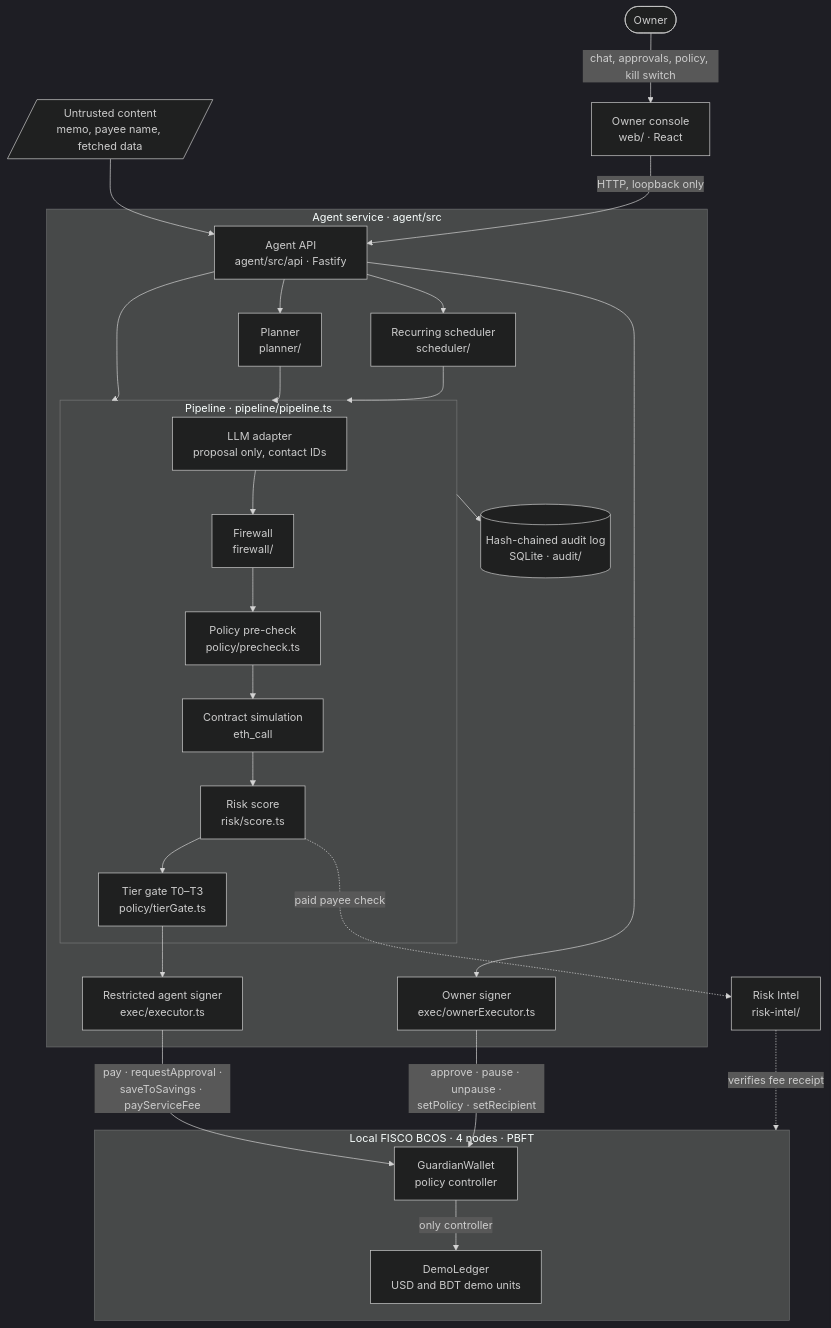
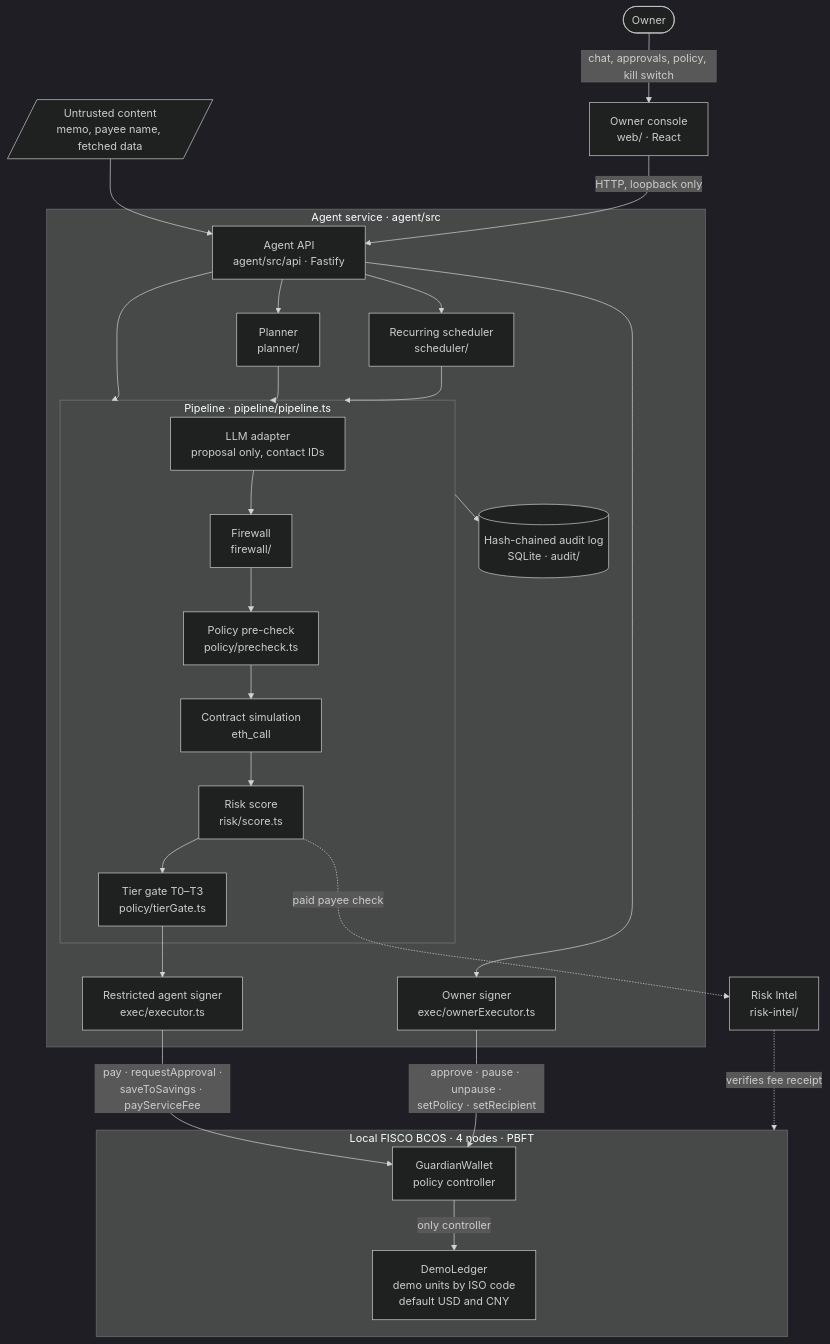
Before and after one commit to kmsajid044-ship-it/guardian-wallet: the diagram in docs/TECHNICAL.md, drawn with Mermaid (dark theme). The commit also changed other lines of this file and 85 other files, not shown here.

````diff
--- a/docs/TECHNICAL.md
+++ b/docs/TECHNICAL.md
@@ -7,33 +9,33 @@
 ```mermaid
 flowchart TB
   owner([Owner]) -->|chat, approvals, policy, kill switch| web[Owner console<br/>web/ · React]
   untrusted[/Untrusted content<br/>memo, payee name, fetched data/] --> api
   web -->|HTTP, loopback only| api[Agent API<br/>agent/src/api · Fastify]
 
   subgraph agent[Agent service · agent/src]
     api --> planner[Planner<br/>planner/]
     api --> scheduler[Recurring scheduler<br/>scheduler/]
     api --> pipe
     planner --> pipe
     scheduler --> pipe
     subgraph pipe[Pipeline · pipeline/pipeline.ts]
       llm[LLM adapter<br/>proposal only, contact IDs] --> fw[Firewall<br/>firewall/]
       fw --> pre[Policy pre-check<br/>policy/precheck.ts]
       pre --> sim[Contract simulation<br/>eth_call]
       sim --> risk[Risk score<br/>risk/score.ts]
       risk --> tier[Tier gate T0–T3<br/>policy/tierGate.ts]
     end
     tier --> signer[Restricted agent signer<br/>exec/executor.ts]
     api --> ownerExec[Owner signer<br/>exec/ownerExecutor.ts]
     pipe --> audit[(Hash-chained audit log<br/>SQLite · audit/)]
   end
 
   risk -. paid payee check .-> intel[Risk Intel<br/>risk-intel/]
   signer -->|pay · requestApproval ·<br/>saveToSavings · payServiceFee| gw
   ownerExec -->|approve · pause · unpause ·<br/>setPolicy · setRecipient| gw
   intel -. verifies fee receipt .-> chain
 
   subgraph chain[Local FISCO BCOS · 4 nodes · PBFT]
-    gw[GuardianWallet<br/>policy controller] -->|only controller| ledger[DemoLedger<br/>USD and BDT demo units]
+    gw[GuardianWallet<br/>policy controller] -->|only controller| ledger[DemoLedger<br/>demo units by ISO code<br/>default USD and CNY]
   end
 ```
````
